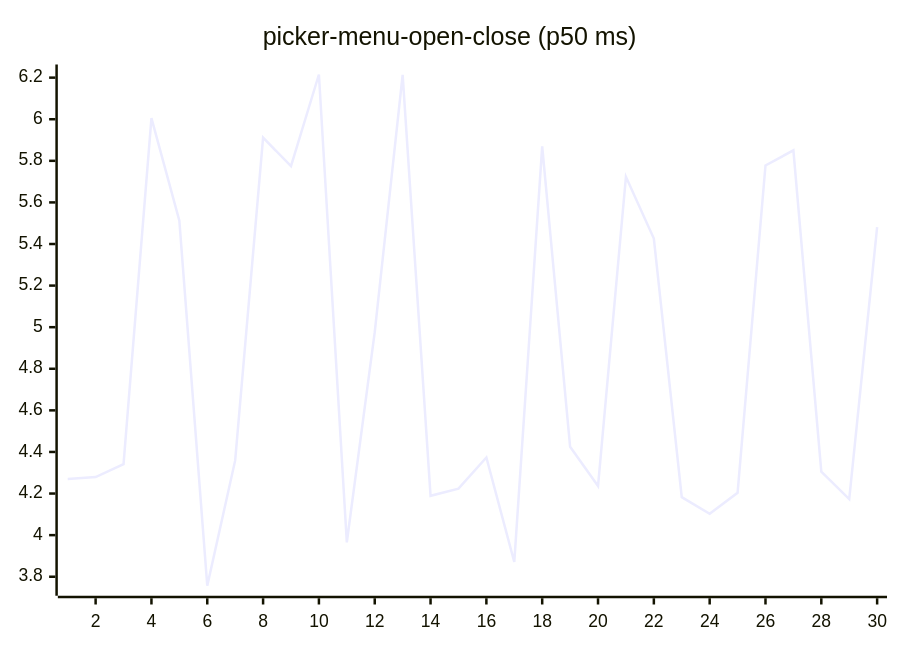
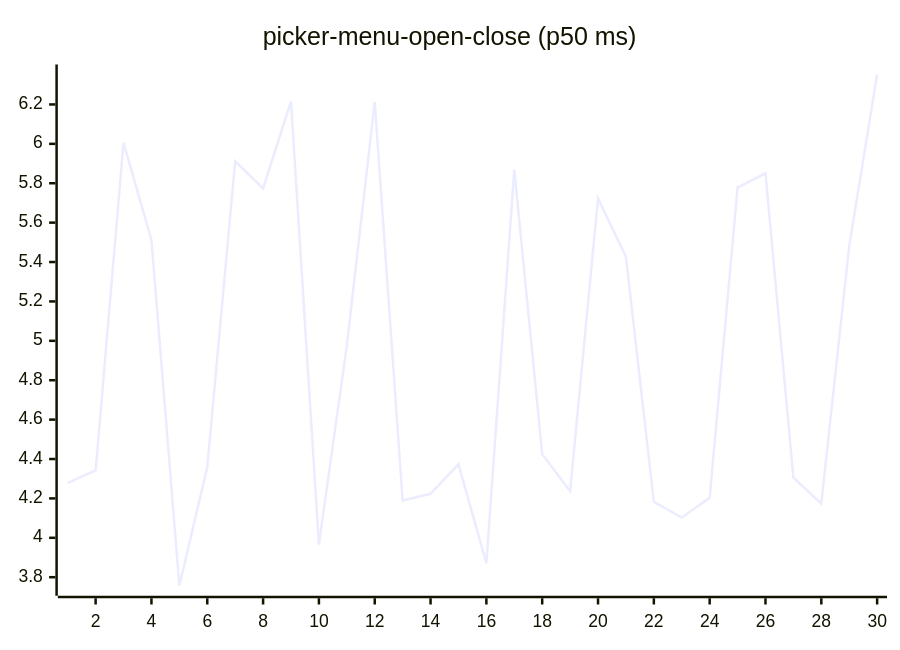
Before and after one commit to josha/Facet: diagram 16 of 27 in README.md, drawn with Mermaid. The commit also changed other lines of this file and 2 other files, not shown here.

````diff
--- a/README.md
+++ b/README.md
@@ -168,6 +168,6 @@
 ```mermaid
 xychart-beta
     title "picker-menu-open-close (p50 ms)"
     x-axis 1 --> 30
-    line [4.2694, 4.2792, 4.3416, 6.0052, 5.5122, 3.7566, 4.3593, 5.9114, 5.7740, 6.2151, 3.9652, 4.9760, 6.2132, 4.1891, 4.2236, 4.3733, 3.8708, 5.8694, 4.4248, 4.2362, 5.7230, 5.4264, 4.1828, 4.1028, 4.2034, 5.7775, 5.8503, 4.3049, 4.1731, 5.4814]
+    line [4.2792, 4.3416, 6.0052, 5.5122, 3.7566, 4.3593, 5.9114, 5.7740, 6.2151, 3.9652, 4.9760, 6.2132, 4.1891, 4.2236, 4.3733, 3.8708, 5.8694, 4.4248, 4.2362, 5.7230, 5.4264, 4.1828, 4.1028, 4.2034, 5.7775, 5.8503, 4.3049, 4.1731, 5.4814, 6.3520]
 ```
````
